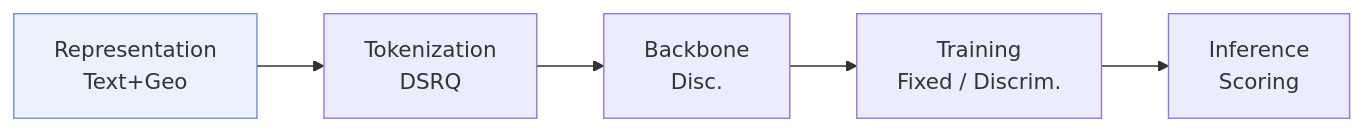
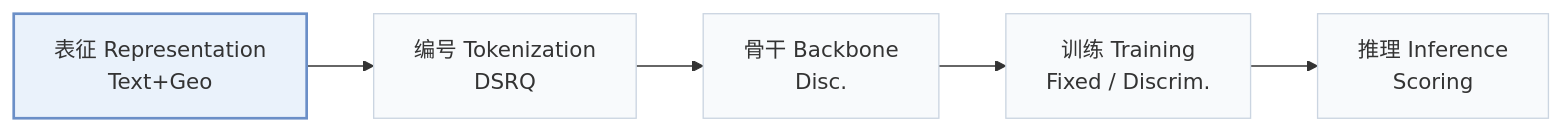
The first of 3 diagrams in pages/zh/papers/lgrid.md (Galaxy-ghost/Awesome-SID-Generative-Rec), drawn with Mermaid before and after one commit. The commit also changed other lines of this file and 649 other files, not shown here.

Commit message:
writer-05: also tags and modality index (schema, check, build, visuals); summary field removed; calibration data for 12 papers

````diff
--- a/pages/zh/papers/lgrid.md
+++ b/pages/zh/papers/lgrid.md
@@ -13,6 +15,8 @@
 ```mermaid
 flowchart LR
-    R["Representation<br/>Text+Geo"] --> T["Tokenization<br/>DSRQ"] --> B["Backbone<br/>Disc."] --> TR["Training<br/>Fixed / Discrim."] --> I["Inference<br/>Scoring"]
-    classDef main fill:#eaf2fb,stroke:#6b8fc7
+    R["表征 Representation<br/>Text+Geo"] --> T["编号 Tokenization<br/>DSRQ"] --> B["骨干 Backbone<br/>Disc."] --> TR["训练 Training<br/>Fixed / Discrim."] --> I["推理 Inference<br/>Scoring"]
+    classDef base fill:#f8fafc,stroke:#cbd5e1
+    class R,T,B,TR,I base
+    classDef main fill:#eaf2fb,stroke:#6b8fc7,stroke-width:2px
     class R main
 ```
````
